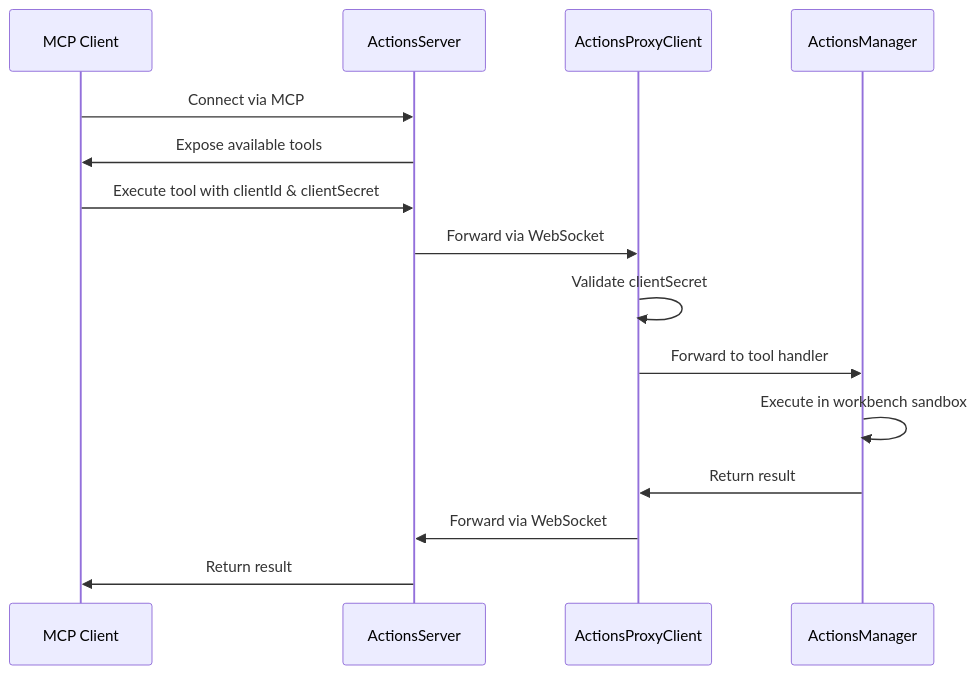
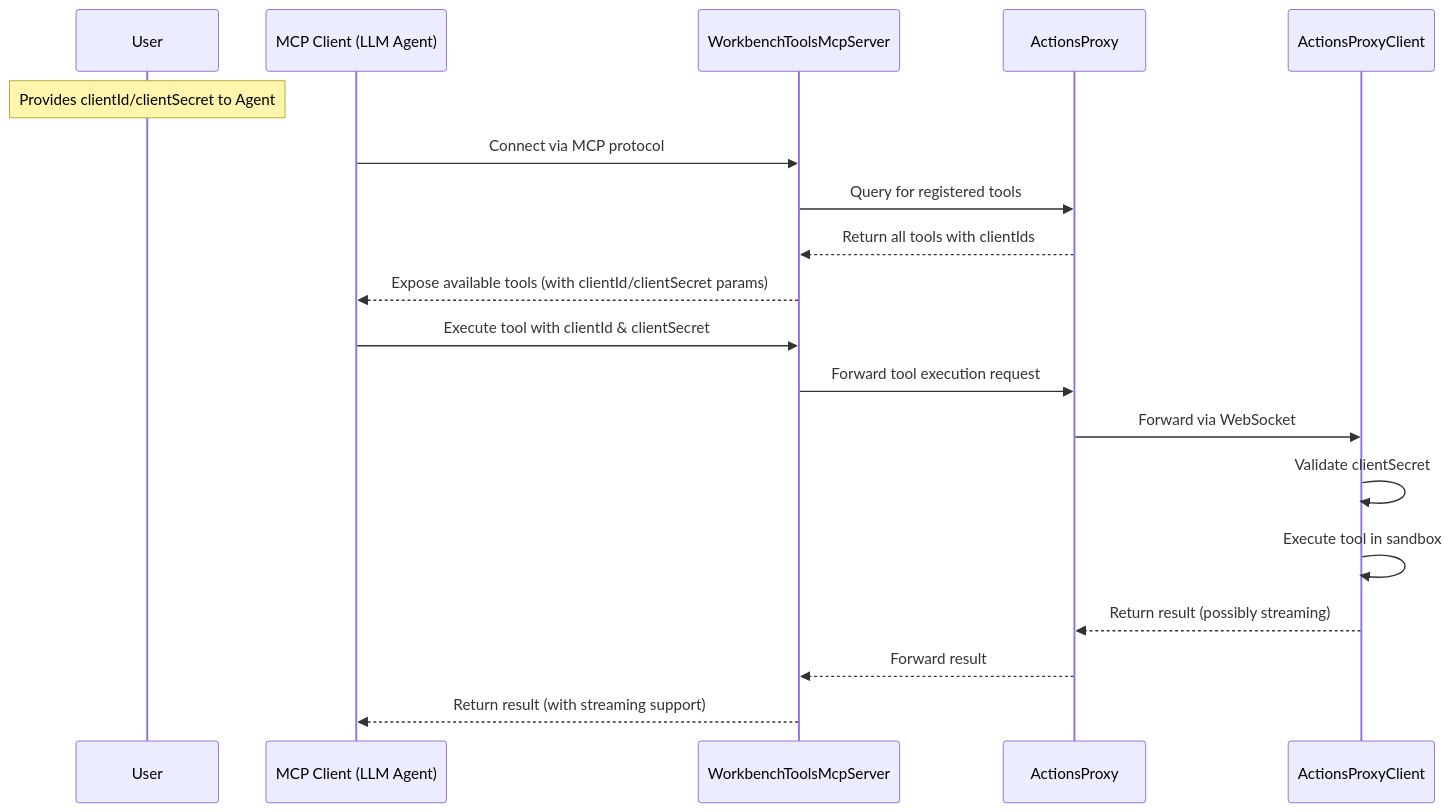
The third of 3 diagrams in packages/actions-server/README.md (mrsimpson/piddie), drawn with Mermaid before and after one commit. The commit also changed other lines of this file, not shown here.

Commit message:
Specify interaction with WorkbenchMCPServer

````diff
--- a/packages/actions-server/README.md
+++ b/packages/actions-server/README.md
@@ -79,19 +87,23 @@
 ```mermaid
 sequenceDiagram
-    participant MCP as MCP Client
-    participant Server as ActionsServer
-    participant Workbench as ActionsProxyClient
-    participant Manager as ActionsManager
+   participant User
+   participant Agent as MCP Client (LLM Agent)
+   participant MCP as WorkbenchToolsMcpServer
+   participant Proxy as ActionsProxy
+   participant Workbench as ActionsProxyClient
 
-    MCP->>Server: Connect via MCP
-    Server->>MCP: Expose available tools
+   Note over User: Provides clientId/clientSecret to Agent
+   Agent->>MCP: Connect via MCP protocol
+   MCP->>Proxy: Query for registered tools
+   Proxy-->>MCP: Return all tools with clientIds
+   MCP-->>Agent: Expose available tools (with clientId/clientSecret params)
 
-    MCP->>Server: Execute tool with clientId & clientSecret
-    Server->>Workbench: Forward via WebSocket
-    Workbench->>Workbench: Validate clientSecret
-    Workbench->>Manager: Forward to tool handler
-    Manager->>Manager: Execute in workbench sandbox
-    Manager->>Workbench: Return result
-    Workbench->>Server: Forward via WebSocket
-    Server->>MCP: Return result
+   Agent->>MCP: Execute tool with clientId & clientSecret
+   MCP->>Proxy: Forward tool execution request
+   Proxy->>Workbench: Forward via WebSocket
+   Workbench->>Workbench: Validate clientSecret
+   Workbench->>Workbench: Execute tool in sandbox
+   Workbench-->>Proxy: Return result (possibly streaming)
+   Proxy-->>MCP: Forward result
+   MCP-->>Agent: Return result (with streaming support)
 ```
````
